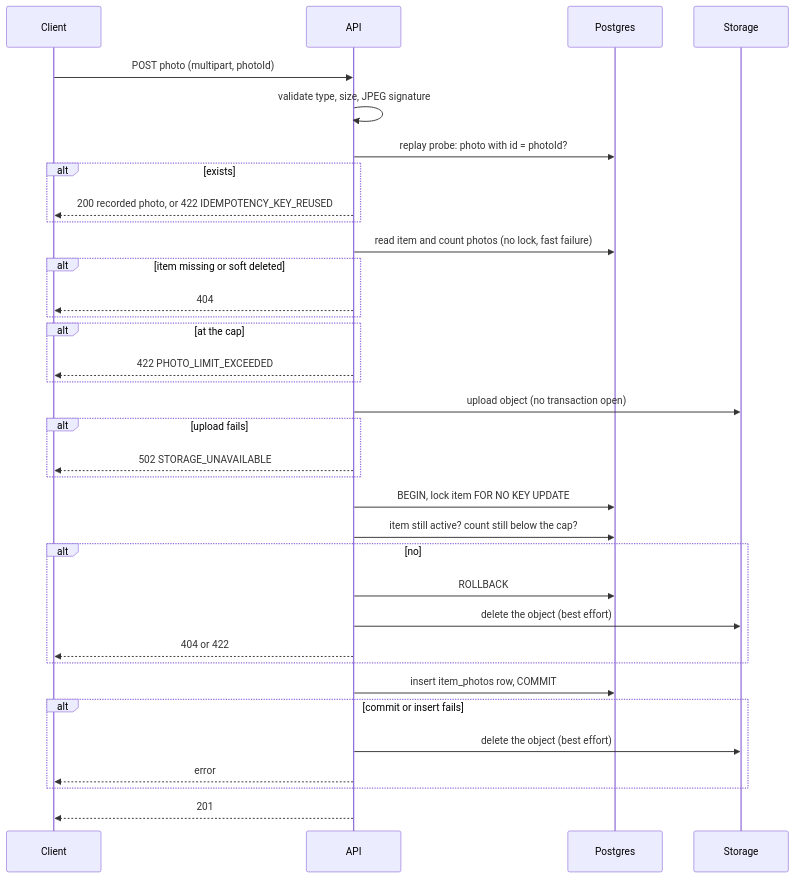
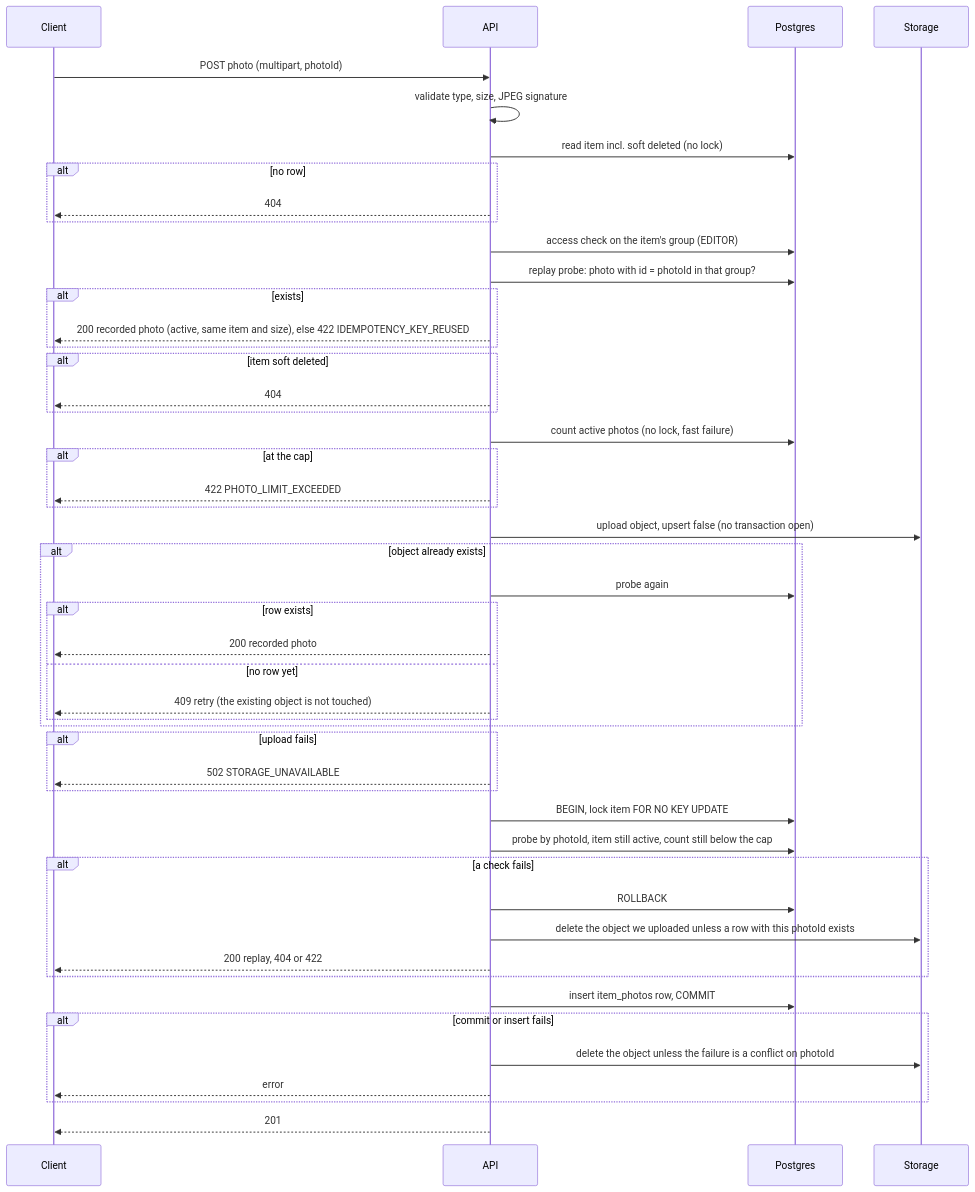
Before and after one commit to TakashiAihara/prep-hamster: the diagram in docs/design/item-photos.md, drawn with Mermaid. The commit also changed other lines of this file and 3 other files, not shown here.

````diff
--- a/docs/design/item-photos.md
+++ b/docs/design/item-photos.md
@@ -116,37 +121,50 @@
 ```mermaid
 sequenceDiagram
   participant C as Client
   participant A as API
   participant D as Postgres
   participant S as Storage
   C->>A: POST photo (multipart, photoId)
   A->>A: validate type, size, JPEG signature
-  A->>D: replay probe: photo with id = photoId?
-  alt exists
-    A-->>C: 200 recorded photo, or 422 IDEMPOTENCY_KEY_REUSED
-  end
-  A->>D: read item and count photos (no lock, fast failure)
-  alt item missing or soft deleted
+  A->>D: read item incl. soft deleted (no lock)
+  alt no row
     A-->>C: 404
   end
+  A->>D: access check on the item's group (EDITOR)
+  A->>D: replay probe: photo with id = photoId in that group?
+  alt exists
+    A-->>C: 200 recorded photo (active, same item and size), else 422 IDEMPOTENCY_KEY_REUSED
+  end
+  alt item soft deleted
+    A-->>C: 404
+  end
+  A->>D: count active photos (no lock, fast failure)
   alt at the cap
     A-->>C: 422 PHOTO_LIMIT_EXCEEDED
   end
-  A->>S: upload object (no transaction open)
+  A->>S: upload object, upsert false (no transaction open)
+  alt object already exists
+    A->>D: probe again
+    alt row exists
+      A-->>C: 200 recorded photo
+    else no row yet
+      A-->>C: 409 retry (the existing object is not touched)
+    end
+  end
   alt upload fails
     A-->>C: 502 STORAGE_UNAVAILABLE
   end
   A->>D: BEGIN, lock item FOR NO KEY UPDATE
-  A->>D: item still active? count still below the cap?
-  alt no
+  A->>D: probe by photoId, item still active, count still below the cap
+  alt a check fails
     A->>D: ROLLBACK
-    A->>S: delete the object (best effort)
-    A-->>C: 404 or 422
+    A->>S: delete the object we uploaded unless a row with this photoId exists
+    A-->>C: 200 replay, 404 or 422
   end
   A->>D: insert item_photos row, COMMIT
   alt commit or insert fails
-    A->>S: delete the object (best effort)
+    A->>S: delete the object unless the failure is a conflict on photoId
     A-->>C: error
   end
   A-->>C: 201
 ```
````
